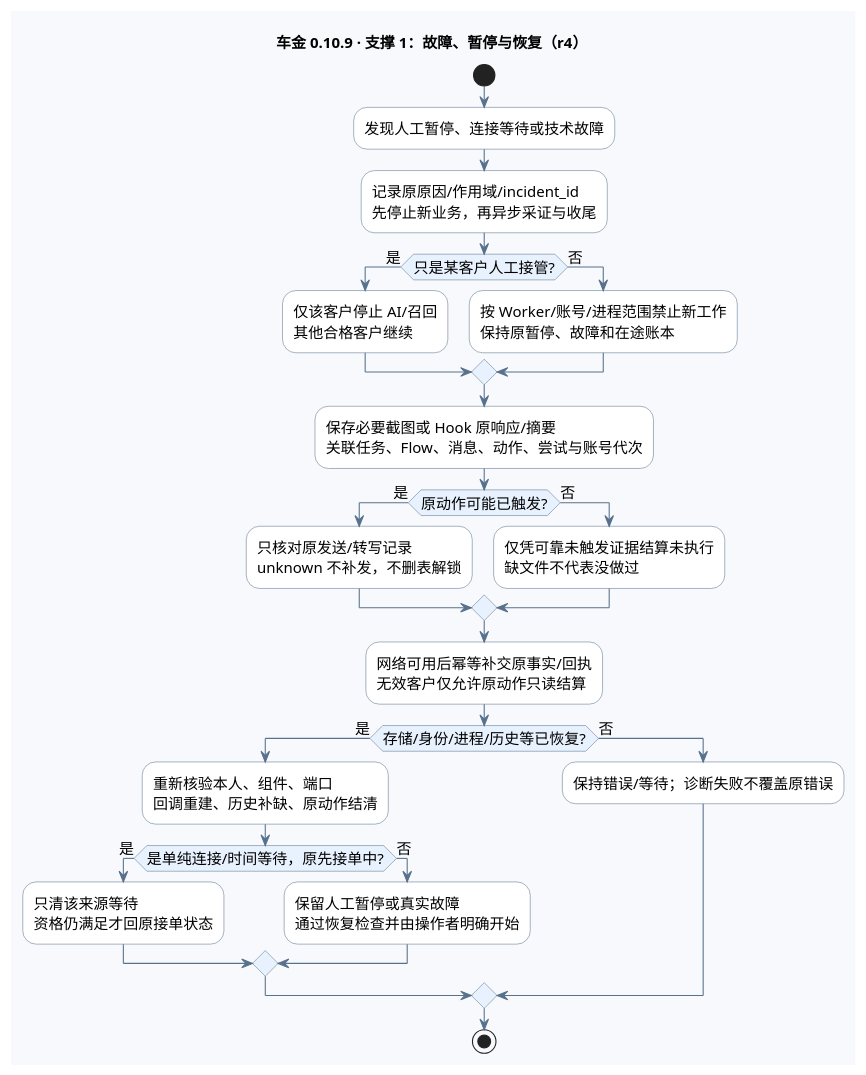
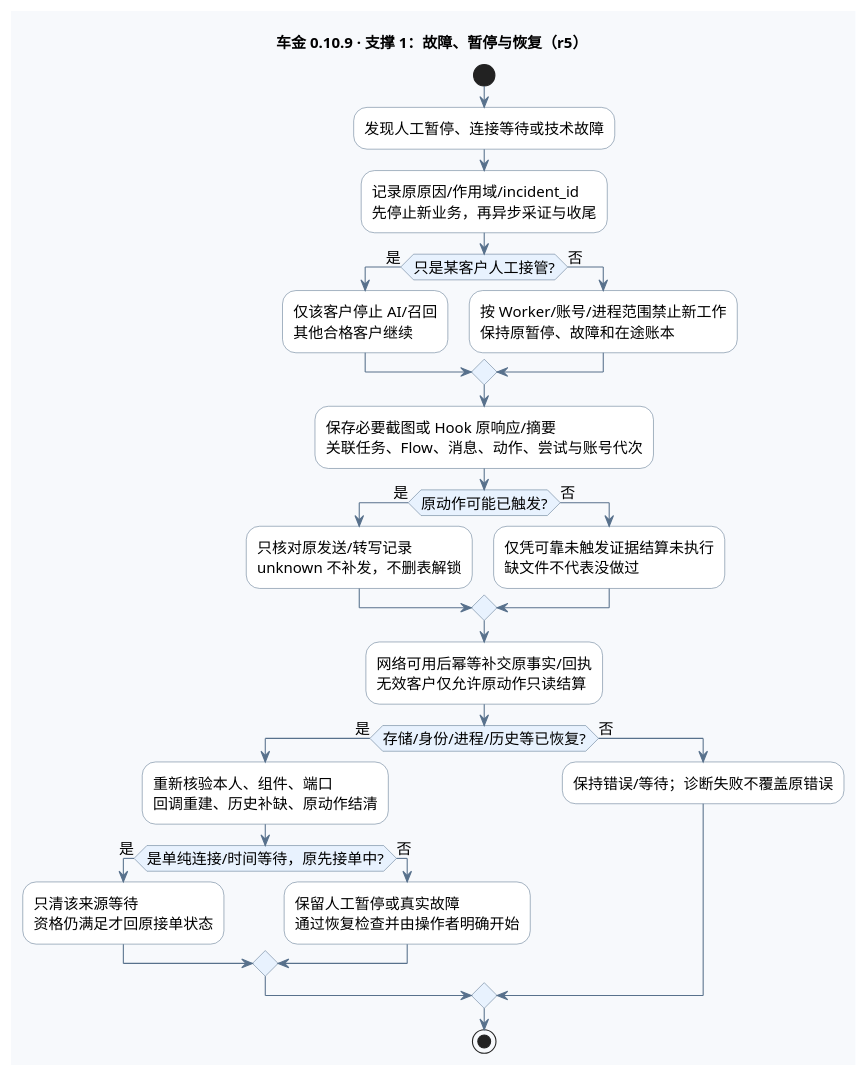
Before and after one commit to edwardzhang0304/chejin-ai-sales: the second of 6 diagrams in deliverables/AI智能客服售前跟进系统_全流程图_v0.10.9.puml, drawn with PlantUML. The commit also changed other lines of this file and 9 other files, not shown here.

```diff
--- a/deliverables/AI智能客服售前跟进系统_全流程图_v0.10.9.puml
+++ b/deliverables/AI智能客服售前跟进系统_全流程图_v0.10.9.puml
@@ -200,51 +202,51 @@
 @startuml fault
 !pragma layout smetana
 skinparam defaultFontName "PingFang SC"
 skinparam defaultFontSize 14
 skinparam backgroundColor #F7F9FC
 skinparam shadowing false
 skinparam activityBackgroundColor #FFFFFF
 skinparam activityBorderColor #58718C
 skinparam activityDiamondBackgroundColor #E8F2FE
 skinparam activityDiamondBorderColor #58718C
 skinparam ArrowColor #58718C
 skinparam noteBackgroundColor #FFF4D9
 skinparam noteBorderColor #CDA556
-title 车金 0.10.9 · 支撑 1：故障、暂停与恢复（r4）
+title 车金 0.10.9 · 支撑 1：故障、暂停与恢复（r5）
 start
 :发现人工暂停、连接等待或技术故障;
 :记录原原因/作用域/incident_id
 先停止新业务，再异步采证与收尾;
 if (只是某客户人工接管?) then (是)
   :仅该客户停止 AI/召回
 其他合格客户继续;
 else (否)
   :按 Worker/账号/进程范围禁止新工作
 保持原暂停、故障和在途账本;
 endif
 :保存必要截图或 Hook 原响应/摘要
 关联任务、Flow、消息、动作、尝试与账号代次;
 if (原动作可能已触发?) then (是)
   :只核对原发送/转写记录
 unknown 不补发，不删表解锁;
 else (否)
   :仅凭可靠未触发证据结算未执行
 缺文件不代表没做过;
 endif
 :网络可用后幂等补交原事实/回执
 无效客户仅允许原动作只读结算;
 if (存储/身份/进程/历史等已恢复?) then (是)
   :重新核验本人、组件、端口
 回调重建、历史补缺、原动作结清;
   if (是单纯连接/时间等待，原先接单中?) then (是)
     :只清该来源等待
 资格仍满足才回原接单状态;
   else (否)
     :保留人工暂停或真实故障
 通过恢复检查并由操作者明确开始;
   endif
 else (否)
   :保持错误/等待；诊断失败不覆盖原错误;
 endif
 stop
 @enduml
```
